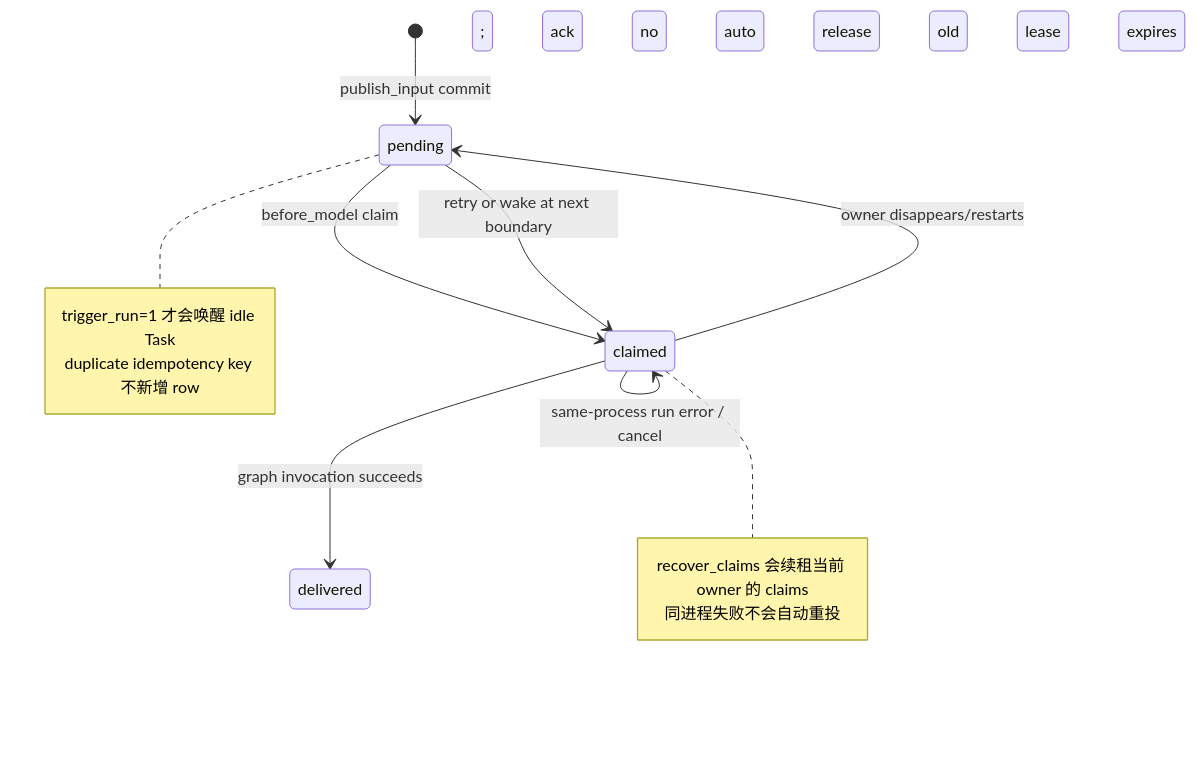
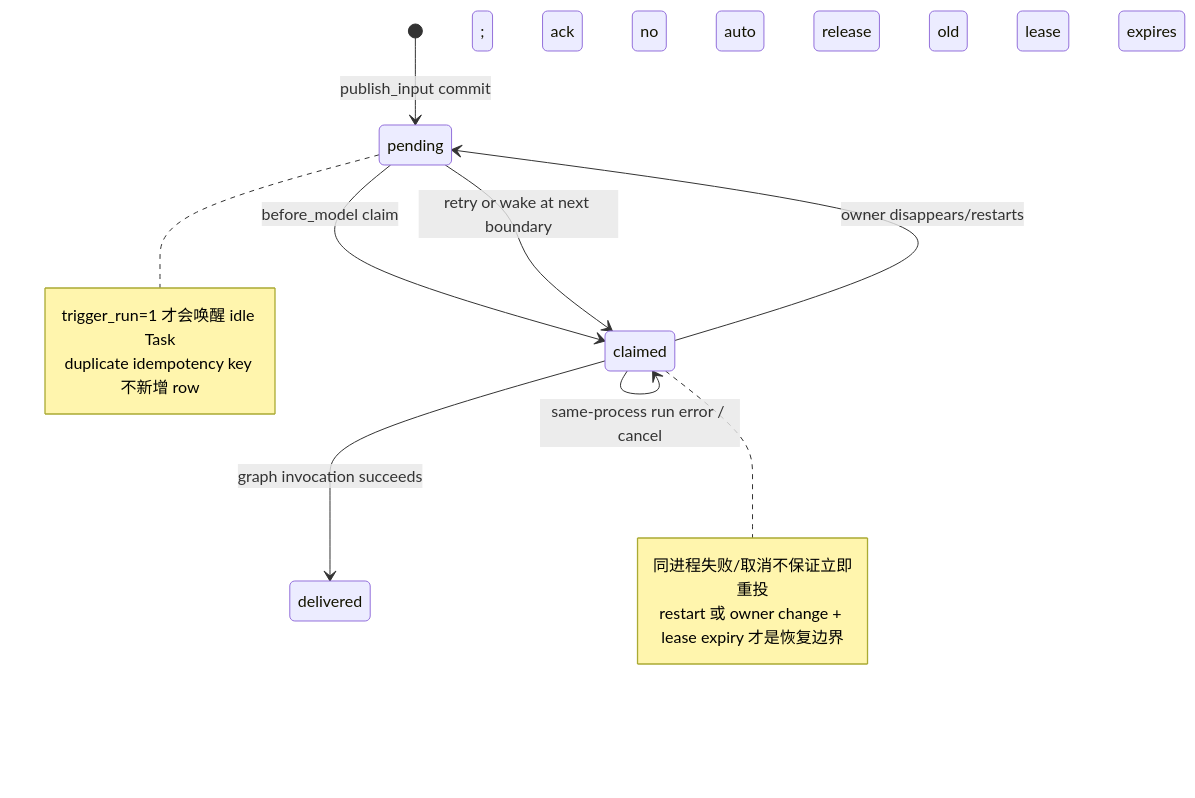
Before and after one commit to ccpowe/ruyi-agent: the first of 2 diagrams in docs/systems/task-mailbox-settlement.md, drawn with Mermaid. The commit also changed other lines of this file and 4 other files, not shown here.

````diff
--- a/docs/systems/task-mailbox-settlement.md
+++ b/docs/systems/task-mailbox-settlement.md
@@ -138,17 +136,17 @@
 ```mermaid
 stateDiagram-v2
     [*] --> pending: publish_input commit
     pending --> claimed: before_model claim
     claimed --> delivered: graph invocation succeeds; ack
     claimed --> claimed: same-process run error / cancel; no auto release
     claimed --> pending: owner disappears/restarts; old lease expires
     pending --> claimed: retry or wake at next boundary
     note right of pending
       trigger_run=1 才会唤醒 idle Task
       duplicate idempotency key 不新增 row
     end note
     note right of claimed
-      recover_claims 会续租当前 owner 的 claims
-      同进程失败不会自动重投
+      同进程失败/取消不保证立即重投
+      restart 或 owner change + lease expiry 才是恢复边界
     end note
 ```
````
